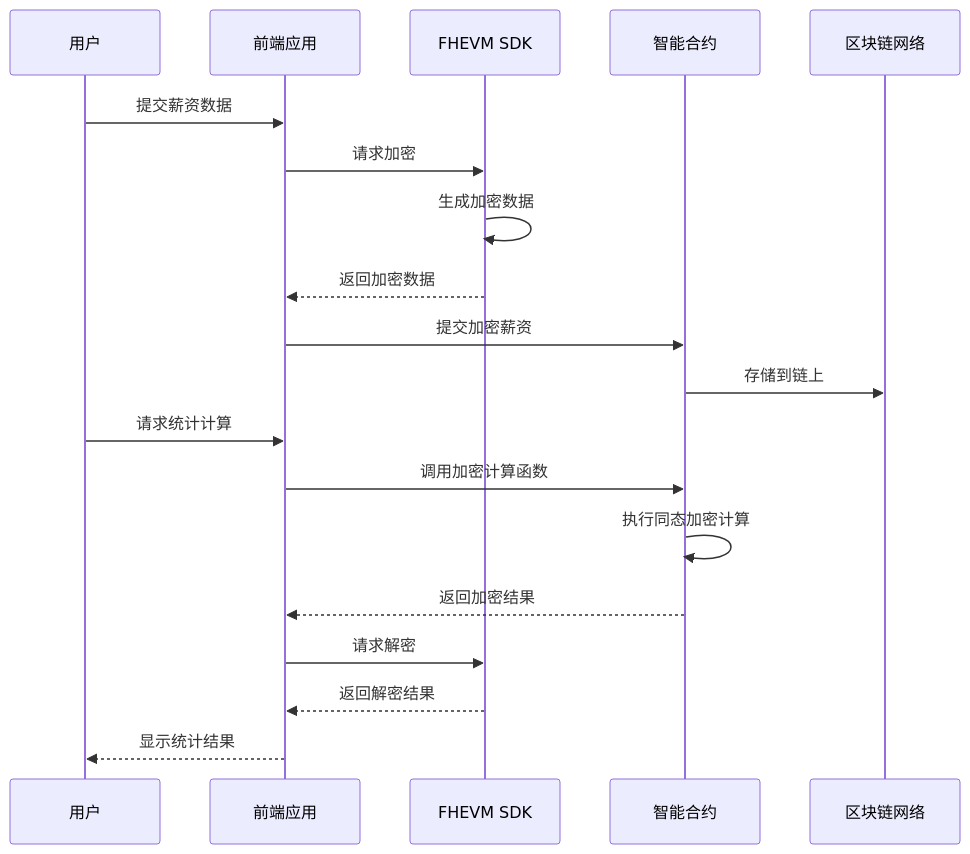
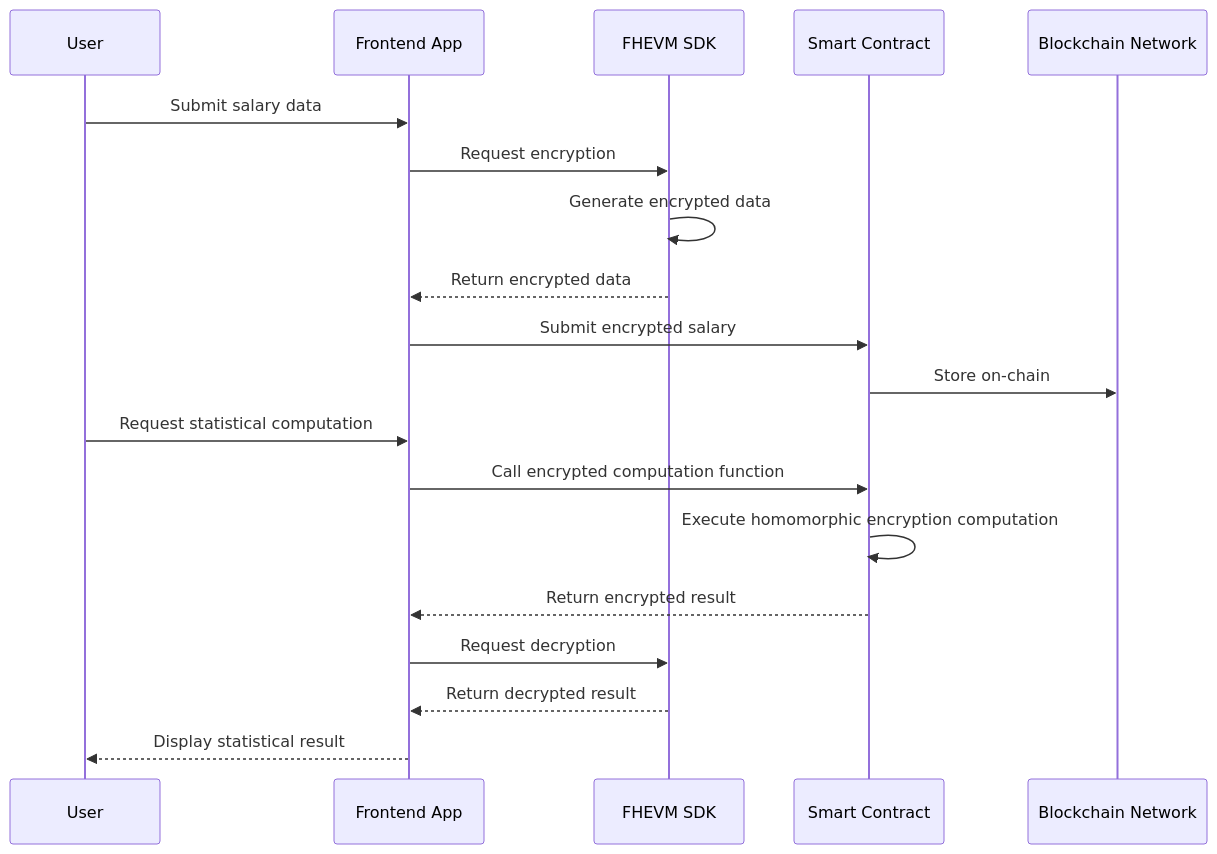
One commit to 673342907/SalaryPrivacy changed the second of 2 diagrams in README.md. Above: the diagram before and after it, drawn with Mermaid. The commit also changed other lines of this file and 5 other files, not shown here.

````diff
--- a/README.md
+++ b/README.md
@@ -124,23 +124,23 @@
 ```mermaid
 sequenceDiagram
-    participant User as 用户
-    participant Frontend as 前端应用
+    participant User
+    participant Frontend as Frontend App
     participant FHEVM as FHEVM SDK
-    participant Contract as 智能合约
-    participant Blockchain as 区块链网络
+    participant Contract as Smart Contract
+    participant Blockchain as Blockchain Network
     
-    User->>Frontend: 提交薪资数据
-    Frontend->>FHEVM: 请求加密
-    FHEVM->>FHEVM: 生成加密数据
-    FHEVM-->>Frontend: 返回加密数据
-    Frontend->>Contract: 提交加密薪资
-    Contract->>Blockchain: 存储到链上
+    User->>Frontend: Submit salary data
+    Frontend->>FHEVM: Request encryption
+    FHEVM->>FHEVM: Generate encrypted data
+    FHEVM-->>Frontend: Return encrypted data
+    Frontend->>Contract: Submit encrypted salary
+    Contract->>Blockchain: Store on-chain
     
-    User->>Frontend: 请求统计计算
-    Frontend->>Contract: 调用加密计算函数
-    Contract->>Contract: 执行同态加密计算
-    Contract-->>Frontend: 返回加密结果
-    Frontend->>FHEVM: 请求解密
-    FHEVM-->>Frontend: 返回解密结果
-    Frontend-->>User: 显示统计结果
+    User->>Frontend: Request statistical computation
+    Frontend->>Contract: Call encrypted computation function
+    Contract->>Contract: Execute homomorphic encryption computation
+    Contract-->>Frontend: Return encrypted result
+    Frontend->>FHEVM: Request decryption
+    FHEVM-->>Frontend: Return decrypted result
+    Frontend-->>User: Display statistical result
 ```
````
